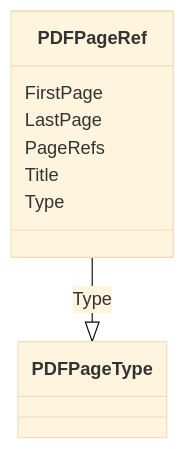
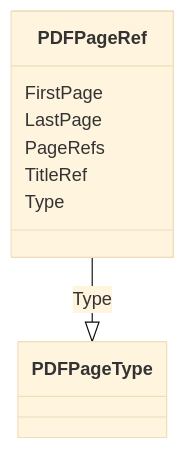
Before and after one commit to cdisc-org/DataExchange-ODM-LinkML: the diagram in docs/PDFPageRef.md, drawn with Mermaid (base theme). The commit also changed other lines of this file and 204 other files, not shown here.

````diff
--- a/docs/PDFPageRef.md
+++ b/docs/PDFPageRef.md
@@ -14,17 +14,17 @@
 ```mermaid
  classDiagram
     class PDFPageRef
       PDFPageRef : FirstPage
         
       PDFPageRef : LastPage
         
       PDFPageRef : PageRefs
         
-      PDFPageRef : Title
+      PDFPageRef : TitleRef
         
       PDFPageRef : Type
         
           PDFPageRef --|> PDFPageType : Type
         
       
 ```
````
